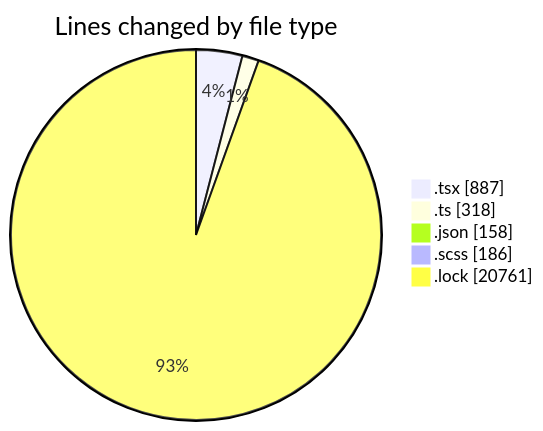
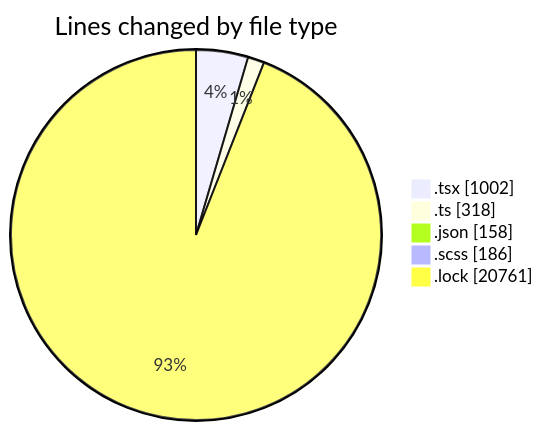
One commit to momahboobian/code-tracking changed the first of 2 diagrams in 2025-04-29/cda/README.md. Above: the diagram before and after it, drawn with Mermaid. The commit also changed other lines of this file and 1 other file, not shown here.

````diff
--- a/2025-04-29/cda/README.md
+++ b/2025-04-29/cda/README.md
@@ -37,9 +38,9 @@
 ```mermaid
 pie showData
 title Lines changed by file type
-".tsx" : 887
+".tsx" : 1002
 ".ts" : 318
 ".json" : 158
 ".scss" : 186
 ".lock" : 20761
 ```
````
